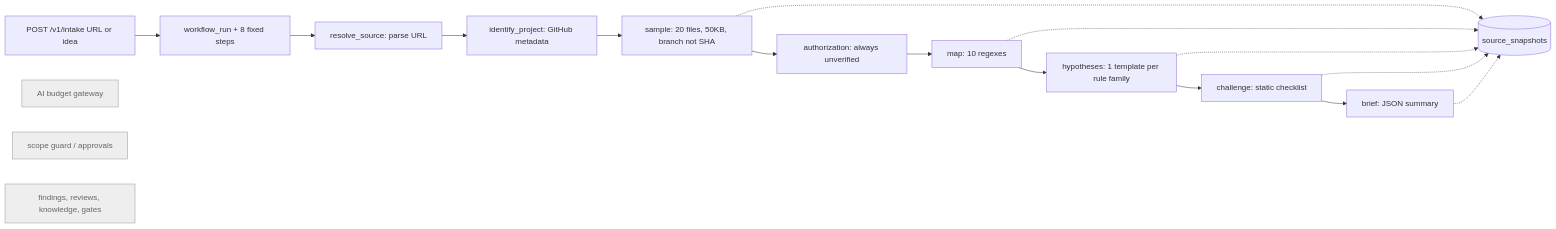
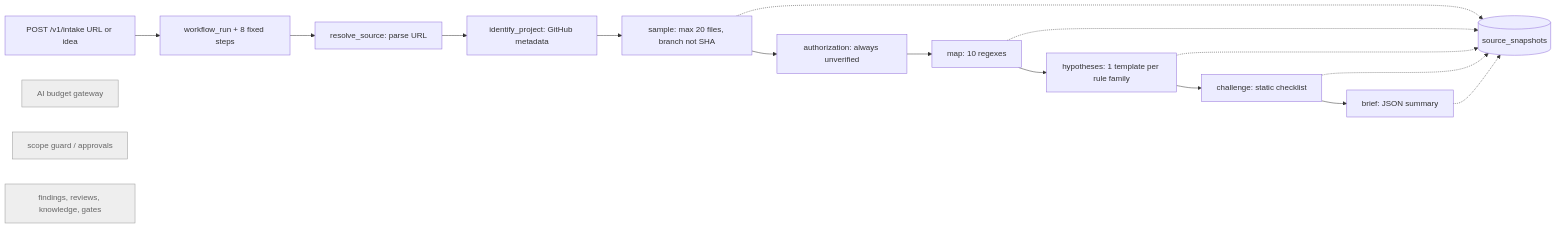
One commit to Sydneyanon/agentsmith-multihub changed the first of 2 diagrams in docs/research-intelligence-plan.md. Above: the diagram before and after it, drawn with Mermaid. The commit also changed other lines of this file, not shown here.

First line of the commit message:
docs: correct sampler size wording and quote diagram labels

````diff
--- a/docs/research-intelligence-plan.md
+++ b/docs/research-intelligence-plan.md
@@ -68,21 +68,21 @@
 ```mermaid
 flowchart LR
   U[POST /v1/intake URL or idea] --> R[workflow_run + 8 fixed steps]
   R --> S0[resolve_source: parse URL]
   S0 --> S1[identify_project: GitHub metadata]
-  S1 --> S2[sample: 20 files, 50KB, branch not SHA]
+  S1 --> S2["sample: max 20 files, branch not SHA"]
   S2 --> S3[authorization: always unverified]
   S3 --> S4[map: 10 regexes]
   S4 --> S5[hypotheses: 1 template per rule family]
   S5 --> S6[challenge: static checklist]
   S6 --> S7[brief: JSON summary]
   S2 -.-> SS[(source_snapshots)]
   S4 -.-> SS
   S5 -.-> SS
   S6 -.-> SS
   S7 -.-> SS
   classDef idle fill:#eee,stroke:#999,color:#666;
   G[AI budget gateway]:::idle
   SC[scope guard / approvals]:::idle
   F[findings, reviews, knowledge, gates]:::idle
 ```
````
